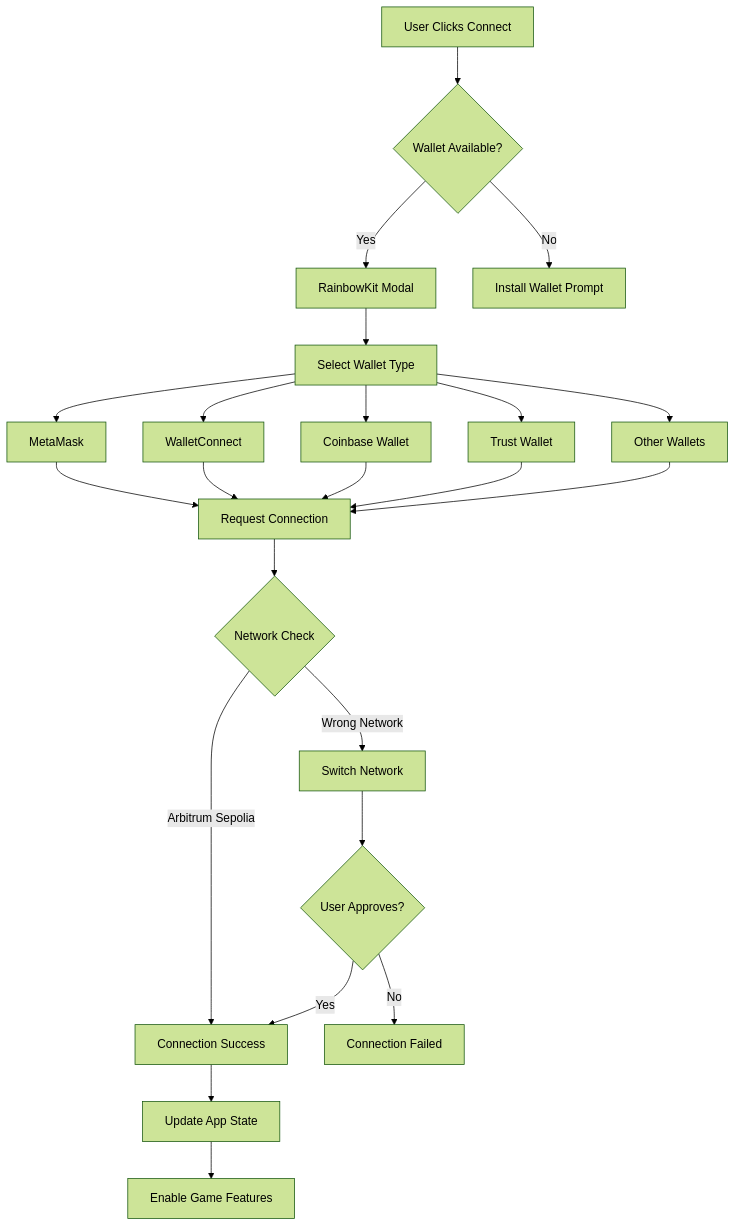
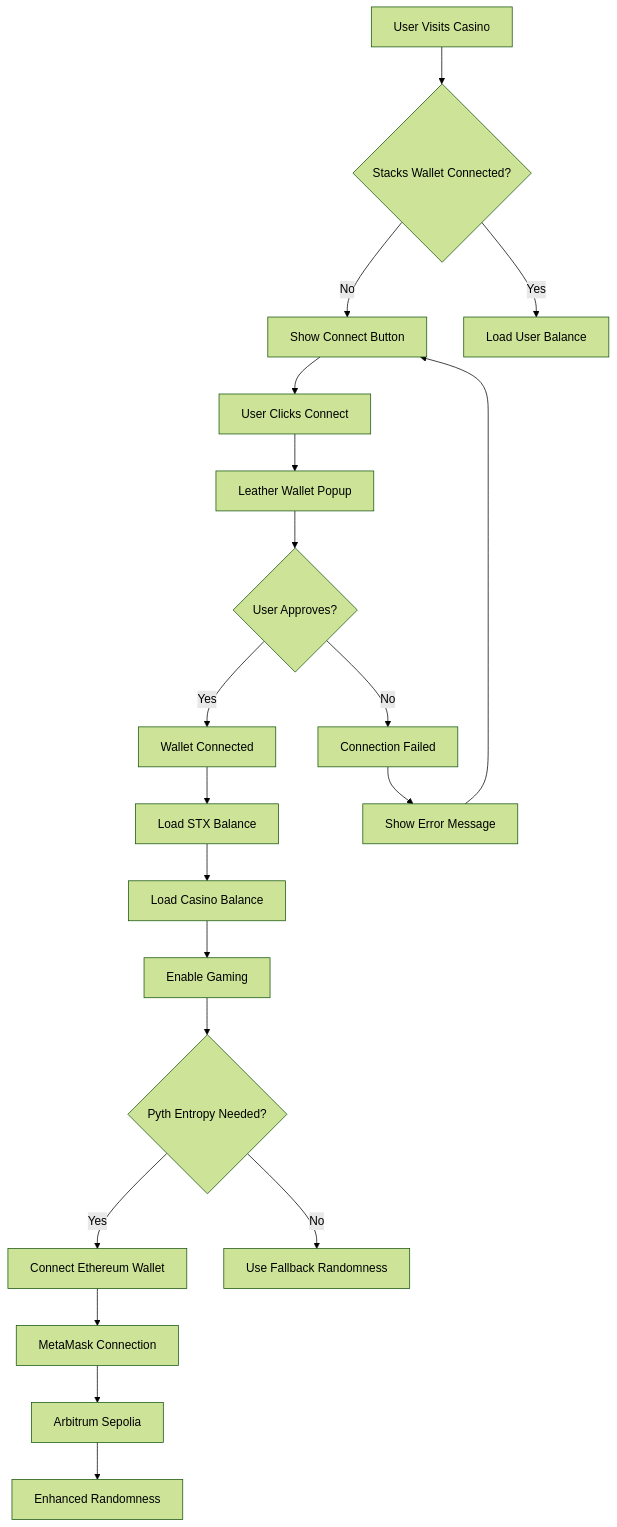
The third of 12 diagrams in MERMAID_DIAGRAMS.md (AmaanSayyad/APT-Casino-Stacks), drawn with Mermaid (forest theme) before and after one commit. The commit also changed other lines of this file and 5 other files, not shown here.

````diff
--- a/MERMAID_DIAGRAMS.md
+++ b/MERMAID_DIAGRAMS.md
@@ -69,30 +80,27 @@
 ```mermaid
 flowchart TD
-    A[User Clicks Connect] --> B{Wallet Available?}
-    B -->|Yes| C[RainbowKit Modal]
-    B -->|No| D[Install Wallet Prompt]
+    A[User Visits Casino] --> B{Stacks Wallet Connected?}
+    B -->|No| C[Show Connect Button]
+    B -->|Yes| D[Load User Balance]
     
-    C --> E[Select Wallet Type]
-    E --> F[MetaMask]
-    E --> G[WalletConnect]
-    E --> H[Coinbase Wallet]
-    E --> I[Trust Wallet]
-    E --> J[Other Wallets]
+    C --> E[User Clicks Connect]
+    E --> F[Leather Wallet Popup]
+    F --> G{User Approves?}
+    G -->|Yes| H[Wallet Connected]
+    G -->|No| I[Connection Failed]
     
-    F --> K[Request Connection]
-    G --> K
-    H --> K
-    I --> K
-    J --> K
+    H --> J[Load STX Balance]
+    J --> K[Load Casino Balance]
+    K --> L[Enable Gaming]
     
-    K --> L{Network Check}
-    L -->|Arbitrum Sepolia| M[Connection Success]
-    L -->|Wrong Network| N[Switch Network]
+    L --> M{Pyth Entropy Needed?}
+    M -->|Yes| N[Connect Ethereum Wallet]
+    M -->|No| O[Use Fallback Randomness]
     
-    N --> O{User Approves?}
-    O -->|Yes| M
-    O -->|No| P[Connection Failed]
+    N --> P[MetaMask Connection]
+    P --> Q[Arbitrum Sepolia]
+    Q --> R[Enhanced Randomness]
     
-    M --> Q[Update App State]
-    Q --> R[Enable Game Features]
+    I --> S[Show Error Message]
+    S --> C
 ```
````
